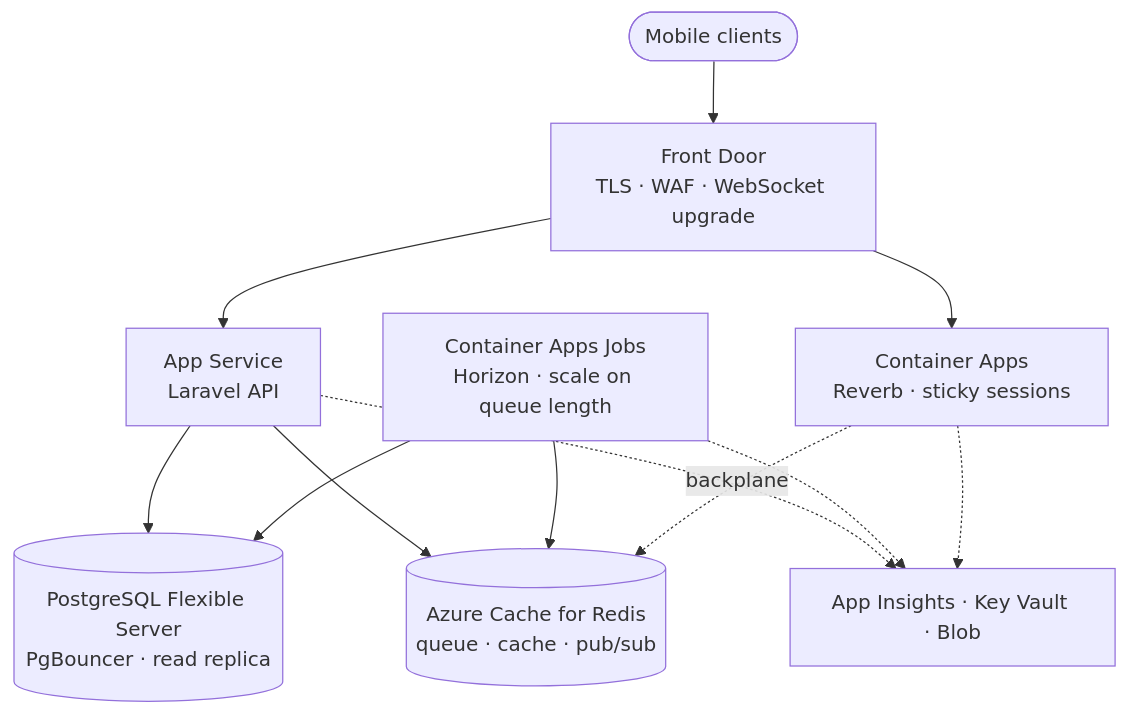
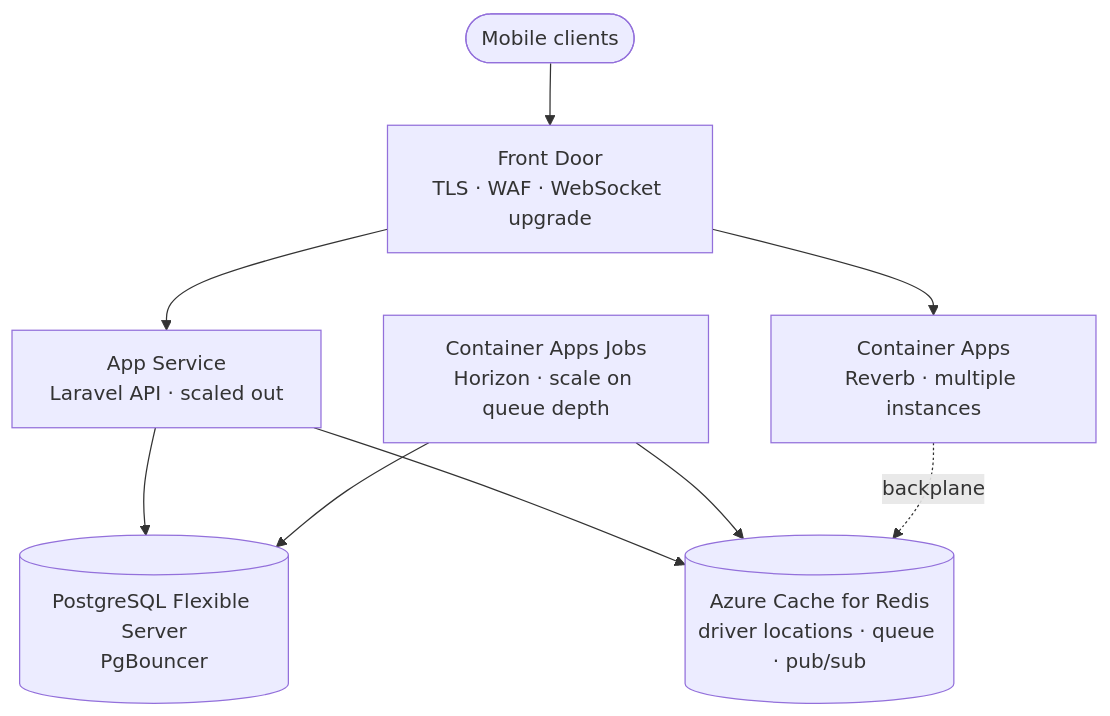
One commit to m7ghareeb/Road-Assist changed the fifth of 5 diagrams in README.md. Above: the diagram before and after it, drawn with Mermaid. The commit also changed other lines of this file and 2 other files, not shown here.

````diff
--- a/README.md
+++ b/README.md
@@ -591,23 +869,22 @@
 ```mermaid
 flowchart TB
     Clients([Mobile clients])
-    FD[Front Door<br/>TLS · WAF · WebSocket upgrade]
-    API[App Service<br/>Laravel API]
-    RVB[Container Apps<br/>Reverb · sticky sessions]
-    JOBS[Container Apps Jobs<br/>Horizon · scale on queue length]
-    PG[(PostgreSQL Flexible Server<br/>PgBouncer · read replica)]
-    RDS[(Azure Cache for Redis<br/>queue · cache · pub/sub)]
-    OBS[App Insights · Key Vault · Blob]
+    FD["Front Door<br/>TLS · WAF · WebSocket upgrade"]
+
+    API["App Service<br/>Laravel API · scaled out"]
+    WORKER["Container Apps Jobs<br/>Horizon · scale on queue depth"]
+    RVB["Container Apps<br/>Reverb · multiple instances"]
+
+    PG[("PostgreSQL Flexible Server<br/>PgBouncer")]
+    RDS[("Azure Cache for Redis<br/>driver locations · queue · pub/sub")]
 
     Clients --> FD
     FD --> API
     FD --> RVB
+
     API --> PG
     API --> RDS
-    JOBS --> PG
-    JOBS --> RDS
-    RVB -.backplane.-> RDS
-    API -.-> OBS
-    JOBS -.-> OBS
-    RVB -.-> OBS
+    WORKER --> PG
+    WORKER --> RDS
+    RVB -.->|backplane| RDS
 ```
````
